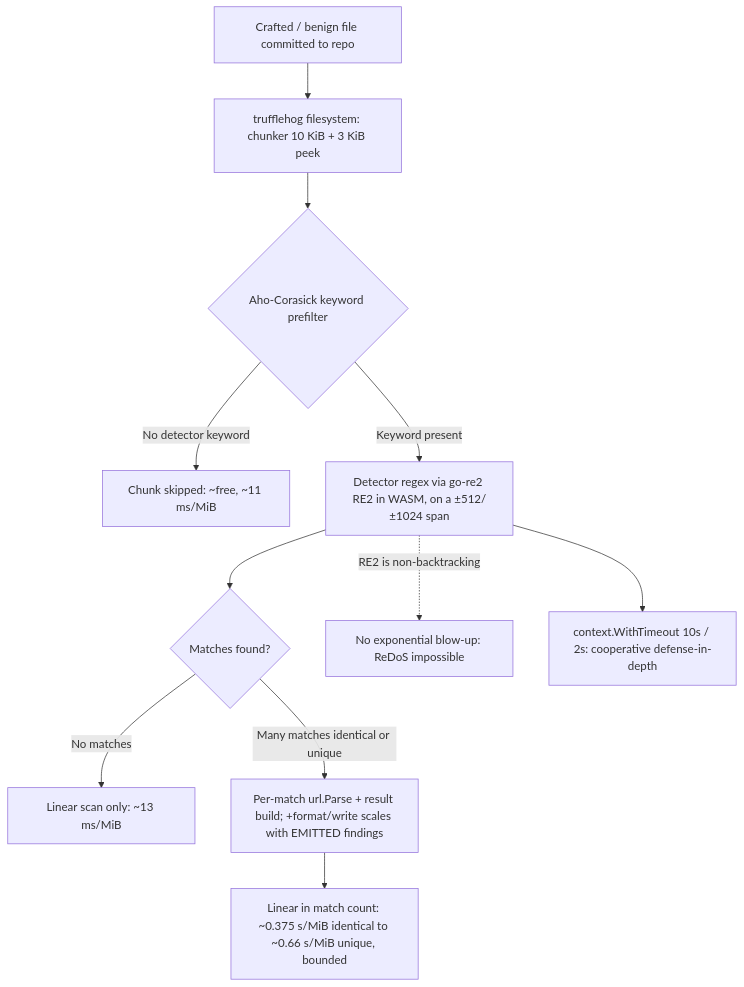
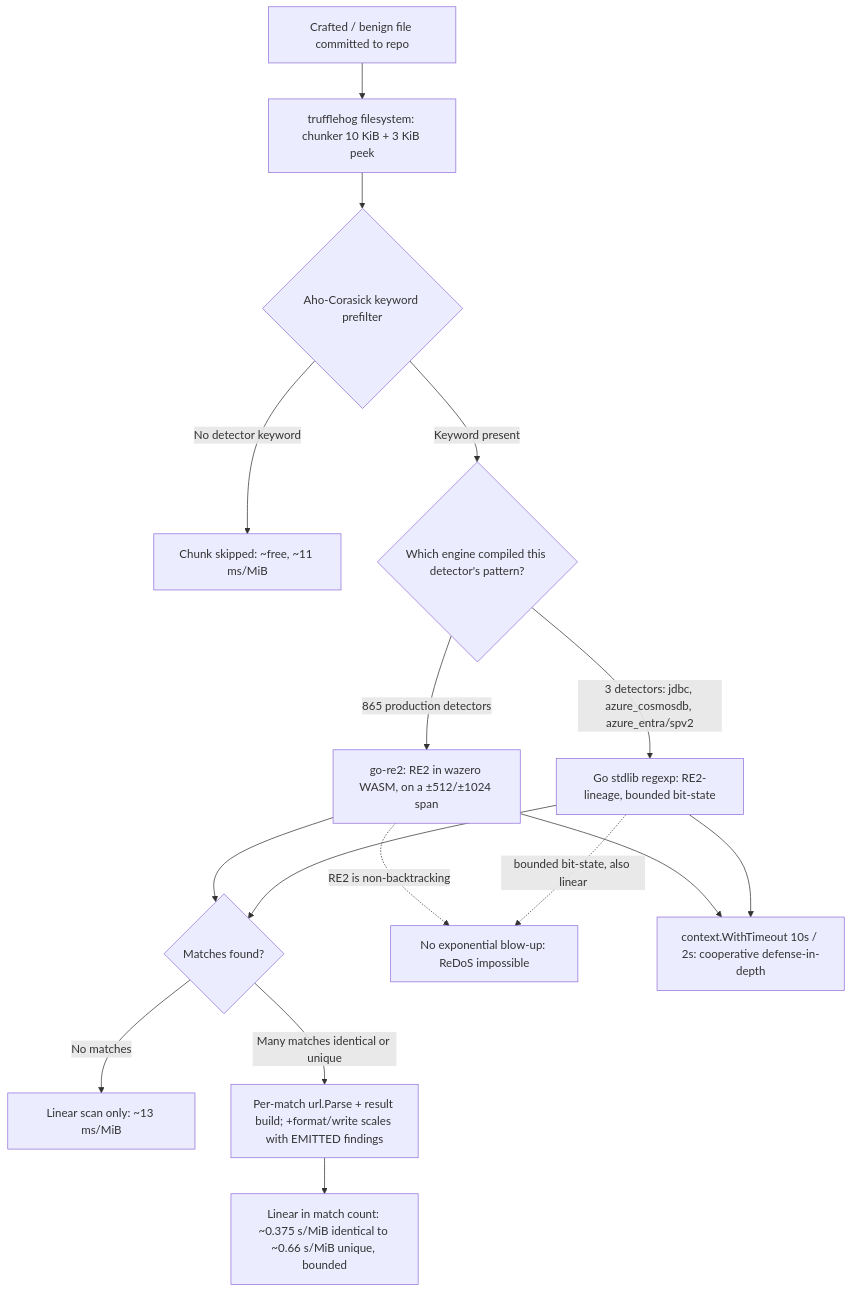
Before and after one commit to blitzy-research/trufflehog: the diagram in blitzy/documentation/trufflehog_e42153d44a5e.md, drawn with Mermaid. The commit also changed other lines of this file, not shown here.

````diff
--- a/blitzy/documentation/trufflehog_e42153d44a5e.md
+++ b/blitzy/documentation/trufflehog_e42153d44a5e.md
@@ -525,13 +670,18 @@
 ```mermaid
 flowchart TD
     A[Crafted / benign file committed to repo] --> B[trufflehog filesystem: chunker 10 KiB + 3 KiB peek]
     B --> C{Aho-Corasick keyword prefilter}
     C -- No detector keyword --> Z[Chunk skipped: ~free, ~11 ms/MiB]
-    C -- Keyword present --> D[Detector regex via go-re2 RE2 in WASM, on a ±512/±1024 span]
-    D --> E{Matches found?}
+    C -- Keyword present --> D{Which engine compiled this detector's pattern?}
+    D -- "865 production detectors" --> D1[go-re2: RE2 in wazero WASM, on a ±512/±1024 span]
+    D -- "3 detectors: jdbc, azure_cosmosdb, azure_entra/spv2" --> D2[Go stdlib regexp: RE2-lineage, bounded bit-state]
+    D1 --> E{Matches found?}
+    D2 --> E
     E -- No matches --> F[Linear scan only: ~13 ms/MiB]
     E -- Many matches identical or unique --> G[Per-match url.Parse + result build; +format/write scales with EMITTED findings]
     G --> H[Linear in match count: ~0.375 s/MiB identical to ~0.66 s/MiB unique, bounded]
-    D -. RE2 is non-backtracking .-> I[No exponential blow-up: ReDoS impossible]
-    D --> J[context.WithTimeout 10s / 2s: cooperative defense-in-depth]
+    D1 -. RE2 is non-backtracking .-> I[No exponential blow-up: ReDoS impossible]
+    D2 -. bounded bit-state, also linear .-> I
+    D1 --> J[context.WithTimeout 10s / 2s: cooperative defense-in-depth]
+    D2 --> J
 ```
````
